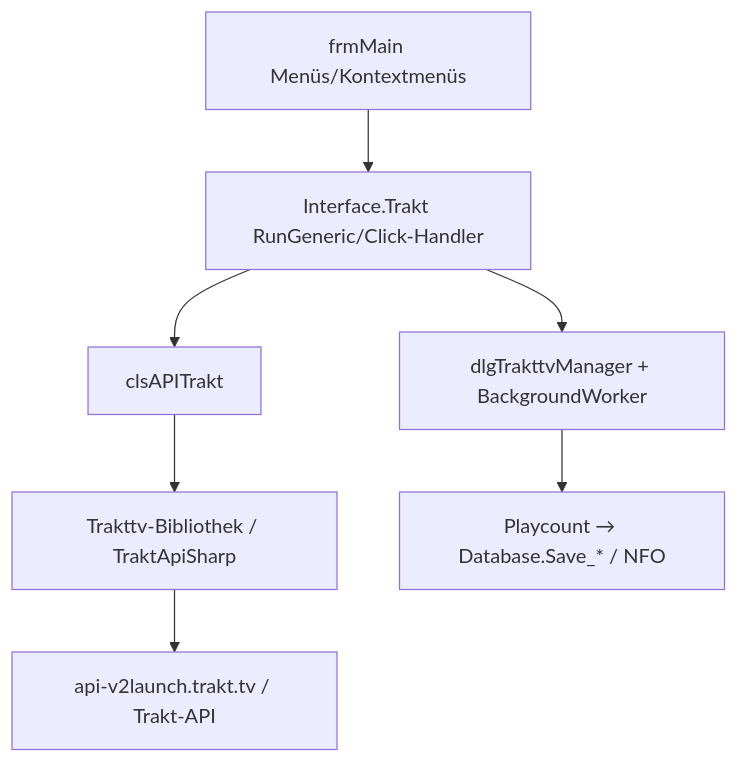
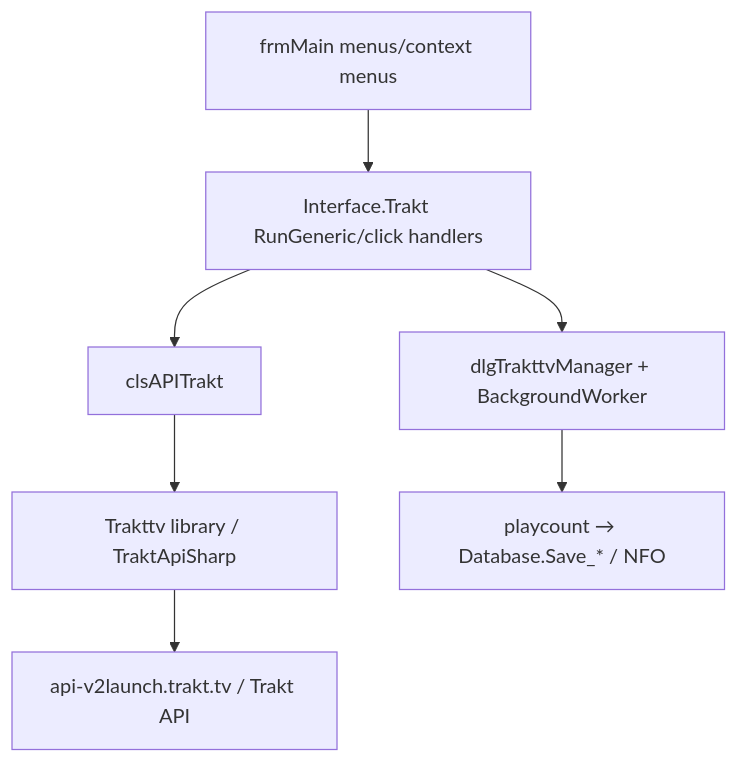
Before and after one commit to martin-stromberg/Ember-Media-Manager: the diagram in docs/help/trakt/ablauf-technisch.md, drawn with Mermaid. The commit also changed other lines of this file and 49 other files, not shown here.

````diff
--- a/docs/help/trakt/ablauf-technisch.md
+++ b/docs/help/trakt/ablauf-technisch.md
@@ -39,9 +39,9 @@
 ```mermaid
 flowchart TD
-    A[frmMain Menüs/Kontextmenüs] --> B[Interface.Trakt RunGeneric/Click-Handler]
+    A[frmMain menus/context menus] --> B[Interface.Trakt RunGeneric/click handlers]
     B --> C[clsAPITrakt]
-    C --> D[Trakttv-Bibliothek / TraktApiSharp]
-    D --> E[api-v2launch.trakt.tv / Trakt-API]
+    C --> D[Trakttv library / TraktApiSharp]
+    D --> E[api-v2launch.trakt.tv / Trakt API]
     B --> F[dlgTrakttvManager + BackgroundWorker]
-    F --> G[Playcount → Database.Save_* / NFO]
+    F --> G[playcount → Database.Save_* / NFO]
 ```
````
